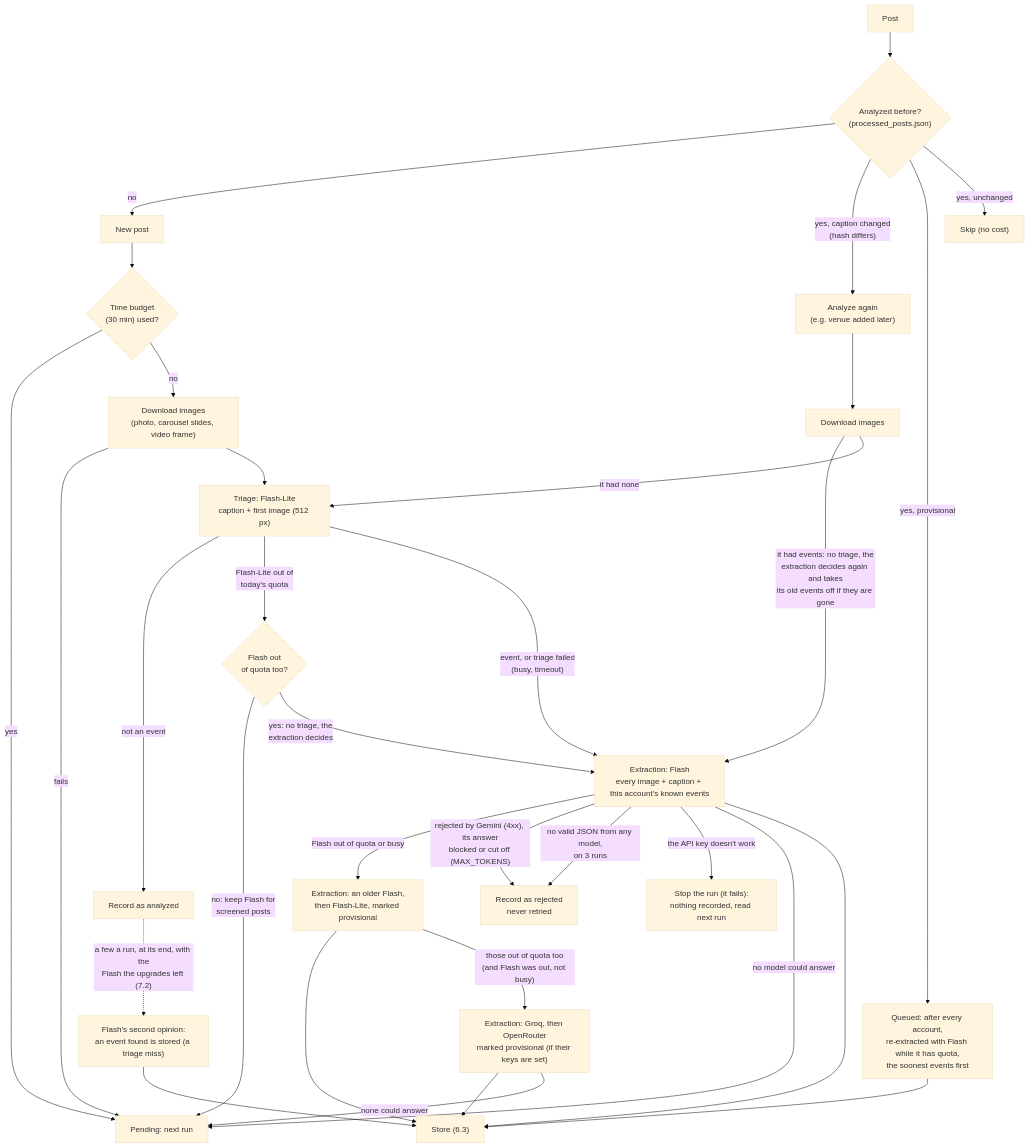
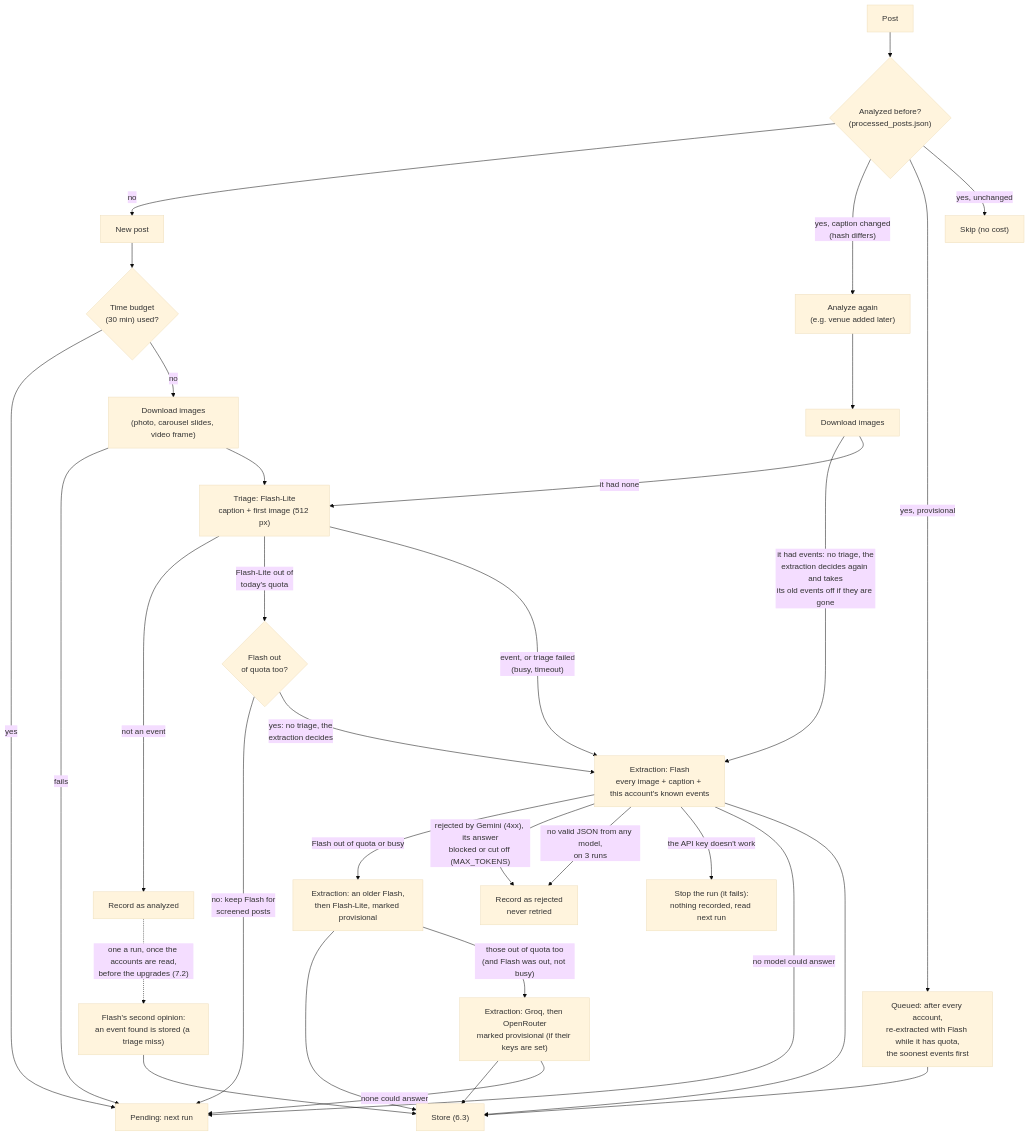
The fourth of 12 diagrams in docs/ARCHITECTURE.md (pa-bailar/backend), drawn with Mermaid (base theme) before and after one commit. The commit also changed other lines of this file and 6 other files, not shown here.

````diff
--- a/docs/ARCHITECTURE.md
+++ b/docs/ARCHITECTURE.md
@@ -588,33 +588,33 @@
 ```mermaid
 flowchart TD
     P["Post"] --> Q{"Analyzed before?<br/>(processed_posts.json)"}
     Q -->|no| N["New post"]
     Q -->|"yes, caption changed<br/>(hash differs)"| RE["Analyze again<br/>(e.g. venue added later)"]
     Q -->|"yes, provisional"| UP["Queued: after every account,<br/>re-extracted with Flash while it has quota,<br/>the soonest events first"]
     Q -->|"yes, unchanged"| SKIP["Skip (no cost)"]
     N --> T{"Time budget<br/>(30 min) used?"}
     T -->|yes| PEND["Pending: next run"]
     T -->|no| IMG["Download images<br/>(photo, carousel slides, video frame)"]
     RE --> IMG2["Download images"] -->|"it had events: no triage, the<br/>extraction decides again and takes<br/>its old events off if they are gone"| EX
     IMG2 -->|"it had none"| TR
     IMG -->|fails| PEND
     IMG --> TR["Triage: Flash-Lite<br/>caption + first image (512 px)"]
     TR -->|"not an event"| REC["Record as analyzed"]
-    REC -.->|"a few a run, at its end, with the<br/>Flash the upgrades left (7.2)"| SO["Flash's second opinion:<br/>an event found is stored (a triage miss)"]
+    REC -.->|"one a run, once the accounts are read,<br/>before the upgrades (7.2)"| SO["Flash's second opinion:<br/>an event found is stored (a triage miss)"]
     SO --> ST
     TR -->|"Flash-Lite out of<br/>today's quota"| TLR{"Flash out<br/>of quota too?"}
     TLR -->|"no: keep Flash for<br/>screened posts"| PEND
     TLR -->|"yes: no triage, the<br/>extraction decides"| EX
     TR -->|"event, or triage failed<br/>(busy, timeout)"| EX["Extraction: Flash<br/>every image + caption + this account's known events"]
     EX -->|"Flash out of quota or busy"| PROV["Extraction: an older Flash,<br/>then Flash-Lite, marked provisional"]
     EX -->|"rejected by Gemini (4xx), its answer<br/>blocked or cut off (MAX_TOKENS)"| REJ["Record as rejected<br/>never retried"]
     EX -->|"no valid JSON from any model,<br/>on 3 runs"| REJ
     EX -->|"the API key doesn't work"| STOP["Stop the run (it fails):<br/>nothing recorded, read next run"]
     EX -->|"no model could answer"| PEND
     EX --> ST["Store (6.3)"]
     PROV --> ST
     PROV -->|"those out of quota too<br/>(and Flash was out, not busy)"| LAST["Extraction: Groq, then OpenRouter<br/>marked provisional (if their keys are set)"]
     LAST --> ST
     LAST -->|"none could answer"| PEND
     UP --> ST
 ```
````
